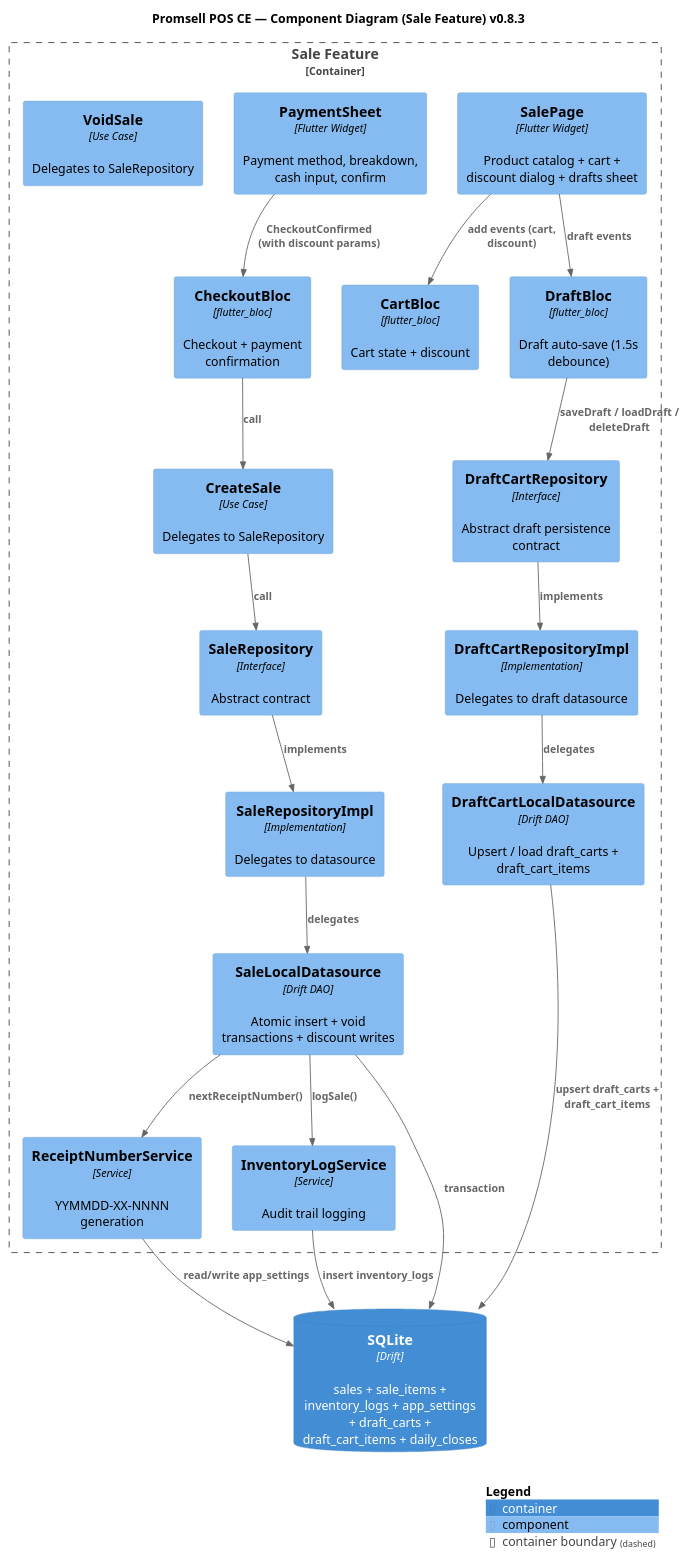
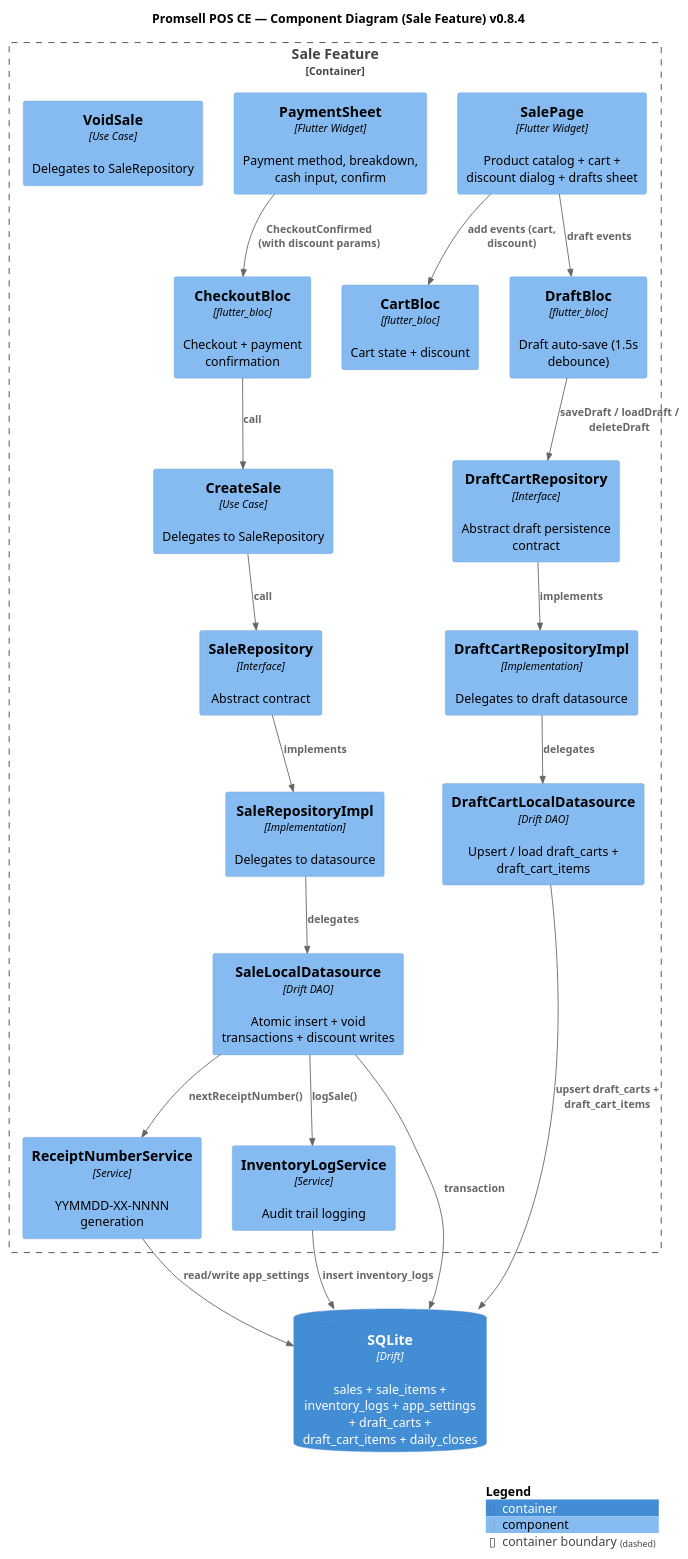
The diagram in docs/architecture/c4-component.puml (MN-Lizard-Team/promsell-pos-ce), drawn with PlantUML before and after one commit. The commit also changed 56 other files, not shown here.

```diff
--- a/docs/architecture/c4-component.puml
+++ b/docs/architecture/c4-component.puml
@@ -1,44 +1,44 @@
 @startuml C4_Component
 !include https://raw.githubusercontent.com/plantuml-stdlib/C4-PlantUML/master/C4_Component.puml
 
-title Promsell POS CE — Component Diagram (Sale Feature) v0.8.3
+title Promsell POS CE — Component Diagram (Sale Feature) v0.8.4
 
 Container_Boundary(sale_feature, "Sale Feature") {
     Component(sale_page, "SalePage", "Flutter Widget", "Product catalog + cart + discount dialog + drafts sheet")
     Component(payment_sheet, "PaymentSheet", "Flutter Widget", "Payment method, breakdown, cash input, confirm")
     Component(cart_bloc, "CartBloc", "flutter_bloc", "Cart state + discount")
     Component(draft_bloc, "DraftBloc", "flutter_bloc", "Draft auto-save (1.5s debounce)")
     Component(checkout_bloc, "CheckoutBloc", "flutter_bloc", "Checkout + payment confirmation")
     Component(create_sale_uc, "CreateSale", "Use Case", "Delegates to SaleRepository")
     Component(void_sale_uc, "VoidSale", "Use Case", "Delegates to SaleRepository")
     Component(sale_repo, "SaleRepository", "Interface", "Abstract contract")
     Component(sale_repo_impl, "SaleRepositoryImpl", "Implementation", "Delegates to datasource")
     Component(sale_ds, "SaleLocalDatasource", "Drift DAO", "Atomic insert + void transactions + discount writes")
     Component(receipt_svc, "ReceiptNumberService", "Service", "YYMMDD-XX-NNNN generation")
     Component(inv_log_svc, "InventoryLogService", "Service", "Audit trail logging")
     Component(draft_repo, "DraftCartRepository", "Interface", "Abstract draft persistence contract")
     Component(draft_repo_impl, "DraftCartRepositoryImpl", "Implementation", "Delegates to draft datasource")
     Component(draft_ds, "DraftCartLocalDatasource", "Drift DAO", "Upsert / load draft_carts + draft_cart_items")
 }
 
 ContainerDb(db, "SQLite", "Drift", "sales + sale_items + inventory_logs + app_settings + draft_carts + draft_cart_items + daily_closes")
 
 Rel(sale_page, cart_bloc, "add events (cart, discount)")
 Rel(sale_page, draft_bloc, "draft events")
 Rel(payment_sheet, checkout_bloc, "CheckoutConfirmed (with discount params)")
 Rel(checkout_bloc, create_sale_uc, "call")
 Rel(draft_bloc, draft_repo, "saveDraft / loadDraft / deleteDraft")
 Rel(create_sale_uc, sale_repo, "call")
 Rel(sale_repo, sale_repo_impl, "implements")
 Rel(sale_repo_impl, sale_ds, "delegates")
 Rel(draft_repo, draft_repo_impl, "implements")
 Rel(draft_repo_impl, draft_ds, "delegates")
 Rel(sale_ds, receipt_svc, "nextReceiptNumber()")
 Rel(sale_ds, inv_log_svc, "logSale()")
 Rel(sale_ds, db, "transaction")
 Rel(receipt_svc, db, "read/write app_settings")
 Rel(inv_log_svc, db, "insert inventory_logs")
 Rel(draft_ds, db, "upsert draft_carts + draft_cart_items")
 
 SHOW_LEGEND()
 @enduml
```
